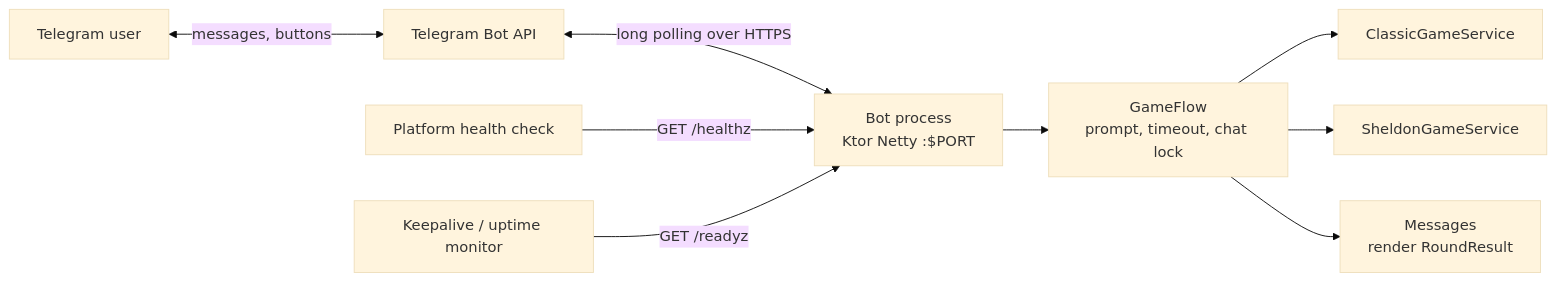
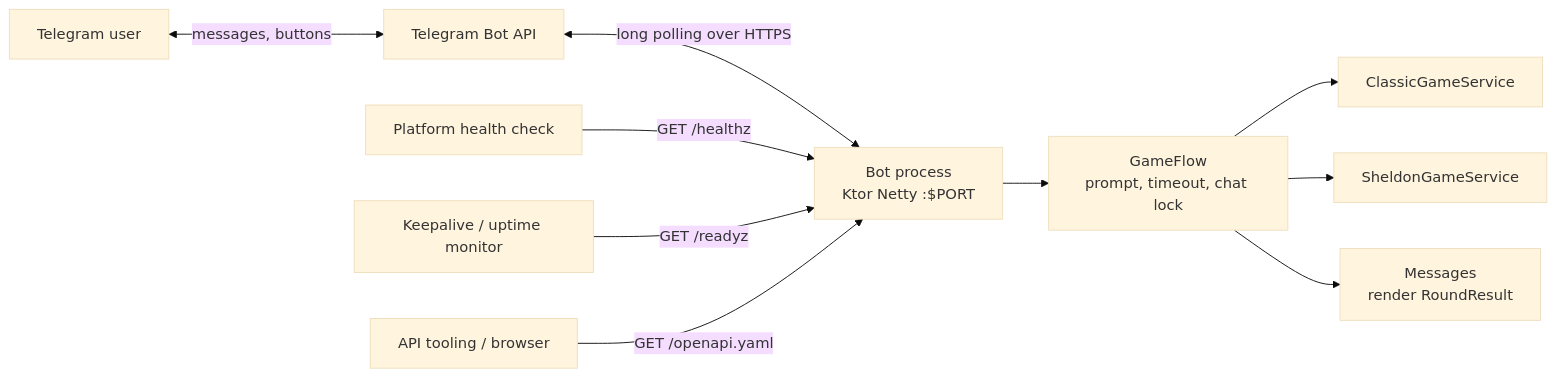
Before and after one commit to Giancarmine/rock-paper-scissors-lizard-spock-bot: the first of 4 diagrams in docs/ARCHITECTURE.md, drawn with Mermaid (base theme). The commit also changed other lines of this file and 14 other files, not shown here.

````diff
--- a/docs/ARCHITECTURE.md
+++ b/docs/ARCHITECTURE.md
@@ -8,11 +8,12 @@
 ```mermaid
 flowchart LR
     User[Telegram user] <-->|messages, buttons| TG[Telegram Bot API]
     TG <-->|long polling over HTTPS| Bot[Bot process<br/>Ktor Netty :$PORT]
     Health[Platform health check] -->|GET /healthz| Bot
     Monitor[Keepalive / uptime monitor] -->|GET /readyz| Bot
+    Tooling[API tooling / browser] -->|GET /openapi.yaml| Bot
     Bot --> Flow[GameFlow<br/>prompt, timeout, chat lock]
     Flow --> Classic[ClassicGameService]
     Flow --> Sheldon[SheldonGameService]
     Flow --> Messages[Messages<br/>render RoundResult]
 ```
````
